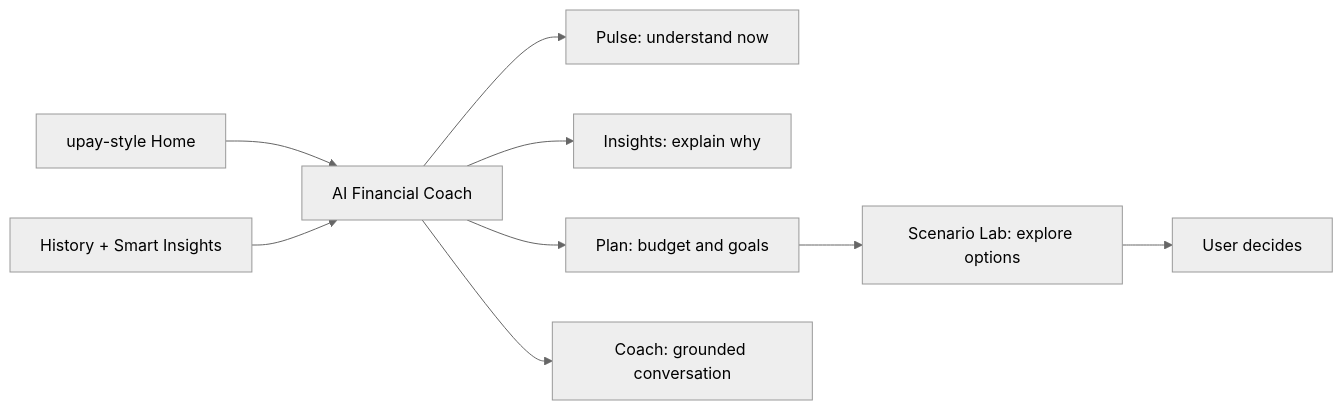
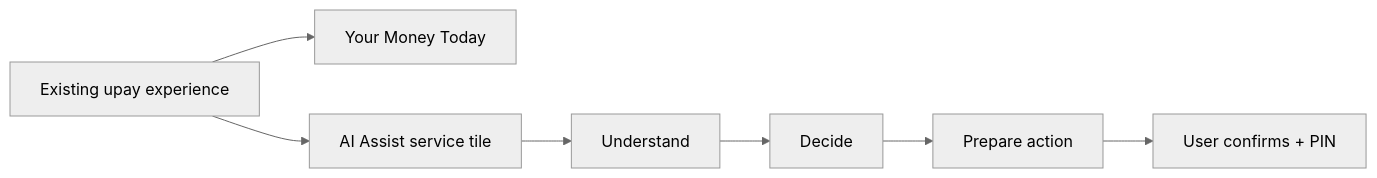
The second of 2 diagrams in README.md (Rah1m-Hasan/AI_Dev_fest), drawn with Mermaid (neutral theme) before and after one commit. The commit also changed other lines of this file and 34 other files, not shown here.

First line of the commit message:
feat: complete Upay AI Financial Coach prototype

````diff
--- a/README.md
+++ b/README.md
@@ -26,11 +39,9 @@
 ```mermaid
 flowchart LR
-  Home[upay-style Home] --> Coach[AI Financial Coach]
-  History[History + Smart Insights] --> Coach
-  Coach --> Pulse[Pulse: understand now]
-  Coach --> Insights[Insights: explain why]
-  Coach --> Plan[Plan: budget and goals]
-  Coach --> Chat[Coach: grounded conversation]
-  Plan --> Scenario[Scenario Lab: explore options]
-  Scenario --> Decision[User decides]
+  Home[Existing upay experience] --> Today[Your Money Today]
+  Home --> Assist[AI Assist service tile]
+  Assist --> Understand[Understand]
+  Understand --> Decide[Decide]
+  Decide --> Act[Prepare action]
+  Act --> Confirm[User confirms + PIN]
 ```
````
